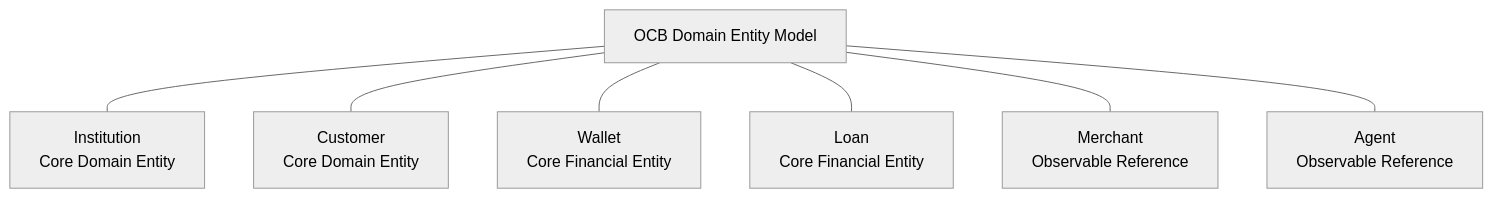
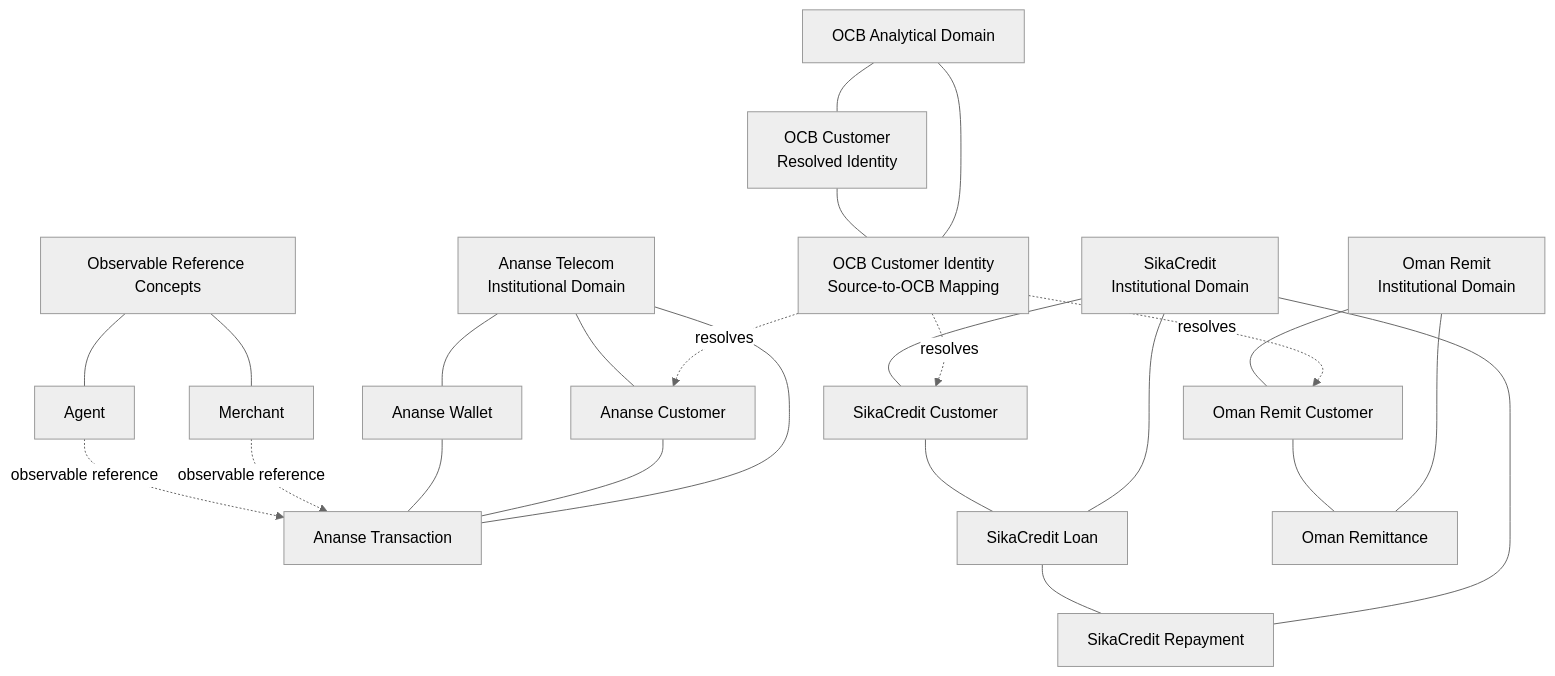
Before and after one commit to deloveyeboah10-Nagato/OCB_PLATFORM: the diagram in docs/glossary/WP-1.2-T04 _ocb_domain_entity_model.md, drawn with Mermaid (neutral theme). The commit also changed other lines of this file and 15 other files, not shown here.

````diff
--- a/docs/glossary/WP-1.2-T04 _ocb_domain_entity_model.md
+++ b/docs/glossary/WP-1.2-T04 _ocb_domain_entity_model.md
@@ -22,19 +110,60 @@
 ```mermaid
 flowchart TB
 
-    OCB["OCB Domain Entity Model"]
+    OCB["OCB Analytical Domain"]
 
-    I["Institution<br/>Core Domain Entity"]
-    C["Customer<br/>Core Domain Entity"]
-    W["Wallet<br/>Core Financial Entity"]
-    L["Loan<br/>Core Financial Entity"]
-    M["Merchant<br/>Observable Reference"]
-    A["Agent<br/>Observable Reference"]
+    OCB_C["OCB Customer<br/>Resolved Identity"]
+    OCB_I["OCB Customer Identity<br/>Source-to-OCB Mapping"]
 
-    OCB --- I
-    OCB --- C
-    OCB --- W
-    OCB --- L
-    OCB --- M
-    OCB --- A
+    AN["Ananse Telecom<br/>Institutional Domain"]
+    AN_C["Ananse Customer"]
+    AN_W["Ananse Wallet"]
+    AN_T["Ananse Transaction"]
+
+    SK["SikaCredit<br/>Institutional Domain"]
+    SK_C["SikaCredit Customer"]
+    SK_L["SikaCredit Loan"]
+    SK_R["SikaCredit Repayment"]
+
+    OR["Oman Remit<br/>Institutional Domain"]
+    OR_C["Oman Remit Customer"]
+    OR_R["Oman Remittance"]
+
+    REF["Observable Reference Concepts"]
+    M["Merchant"]
+    A["Agent"]
+
+    OCB --- OCB_C
+    OCB --- OCB_I
+
+    OCB_C --- OCB_I
+
+    OCB_I -. resolves .-> AN_C
+    OCB_I -. resolves .-> SK_C
+    OCB_I -. resolves .-> OR_C
+
+    AN --- AN_C
+    AN --- AN_W
+    AN --- AN_T
+
+    AN_C --- AN_T
+    AN_W --- AN_T
+
+    SK --- SK_C
+    SK --- SK_L
+    SK --- SK_R
+
+    SK_C --- SK_L
+    SK_L --- SK_R
+
+    OR --- OR_C
+    OR --- OR_R
+
+    OR_C --- OR_R
+
+    REF --- M
+    REF --- A
+
+    M -. observable reference .-> AN_T
+    A -. observable reference .-> AN_T
 ```
````
